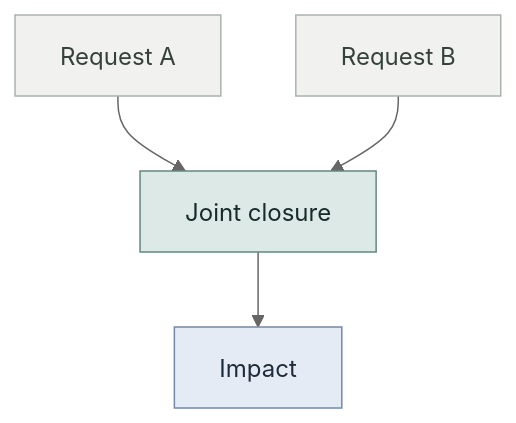
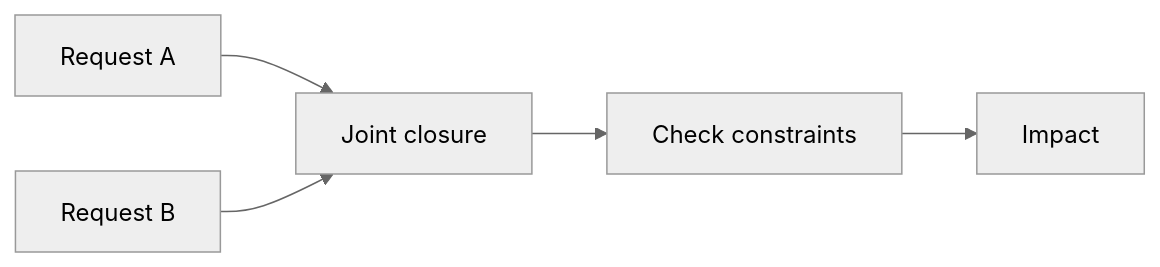
The eighth of 8 diagrams in docs/reference/dependency-graph.md (ZaberKo/torch-kirigami), drawn with Mermaid (neutral theme) before and after one commit. The commit also changed other lines of this file and 46 other files, not shown here.

````diff
--- a/docs/reference/dependency-graph.md
+++ b/docs/reference/dependency-graph.md
@@ -196,12 +331,7 @@
 ```mermaid
-flowchart TD
-    SeedA["Request A"] --> Closure["Joint closure"]
-    SeedB["Request B"] --> Closure
-    Closure --> Impact["Impact"]
-    classDef request fill:#f1f2f0,stroke:#aab2ae,color:#35413d
-    classDef work fill:#dce9e6,stroke:#64877f,color:#172b28
-    classDef result fill:#e5ebf4,stroke:#7488a8,color:#1e2b3b
-    class SeedA,SeedB request
-    class Closure work
-    class Impact result
+flowchart LR
+    A["Request A"] --> J["Joint closure"]
+    B["Request B"] --> J
+    J --> C["Check constraints"]
+    C --> I["Impact"]
 ```
````
